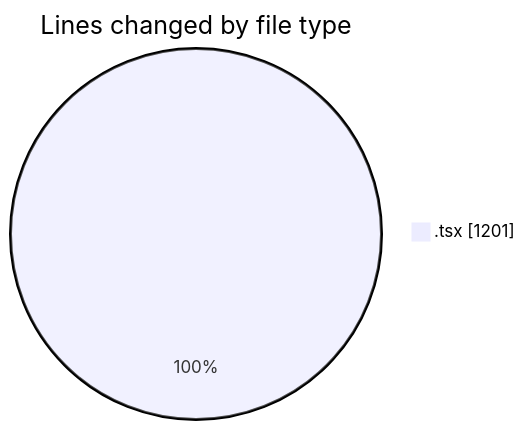
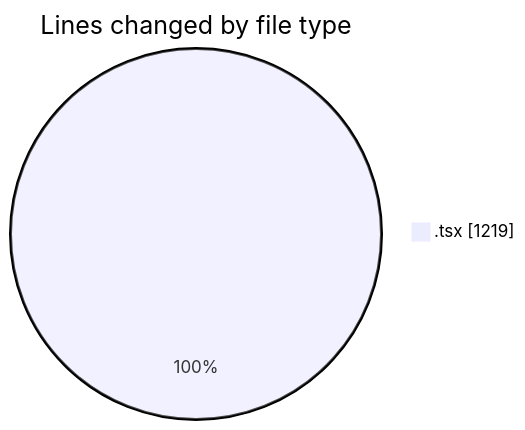
The first of 2 diagrams in 2025-06-25/archive/README.md (JenPaints/code-tracking), drawn with Mermaid before and after one commit. The commit also changed other lines of this file and 1 other file, not shown here.

````diff
--- a/2025-06-25/archive/README.md
+++ b/2025-06-25/archive/README.md
@@ -22,5 +22,5 @@
 ```mermaid
 pie showData
 title Lines changed by file type
-".tsx" : 1201
+".tsx" : 1219
 ```
````
